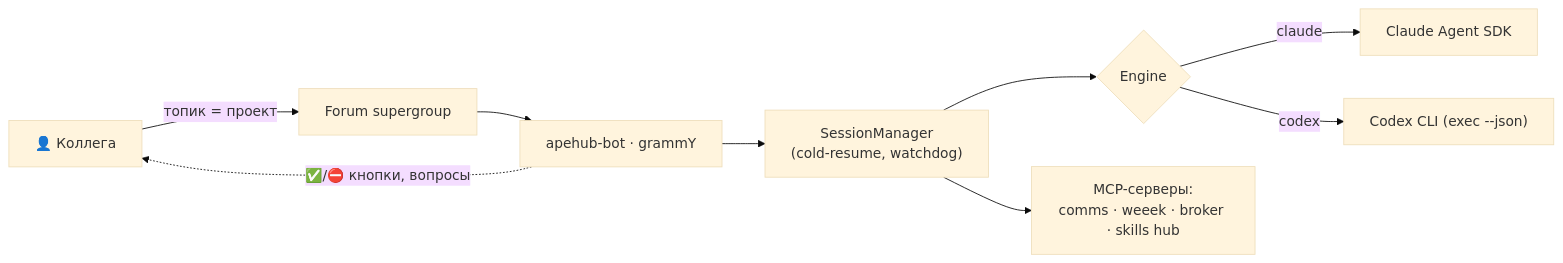
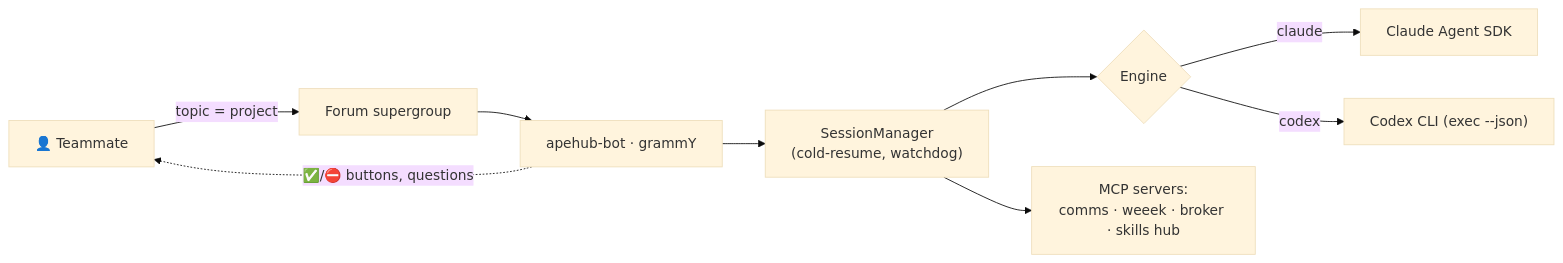
One commit to d4nilevi4/apehub-bot changed the diagram in README.md. Above: the diagram before and after it, drawn with Mermaid (base theme). The commit also changed other lines of this file, not shown here.

````diff
--- a/README.md
+++ b/README.md
@@ -29,11 +29,11 @@
 ```mermaid
 flowchart LR
-  U["👤 Коллега"] -->|"топик = проект"| F["Forum supergroup"]
+  U["👤 Teammate"] -->|"topic = project"| F["Forum supergroup"]
   F --> B["apehub-bot · grammY"]
   B --> SM["SessionManager<br/>(cold-resume, watchdog)"]
   SM --> E{"Engine"}
   E -->|claude| CA["Claude Agent SDK"]
   E -->|codex| CX["Codex CLI (exec --json)"]
-  SM --> M["MCP-серверы:<br/>comms · weeek · broker · skills hub"]
-  B -. "✅/⛔ кнопки, вопросы" .-> U
+  SM --> M["MCP servers:<br/>comms · weeek · broker · skills hub"]
+  B -. "✅/⛔ buttons, questions" .-> U
 ```
````
